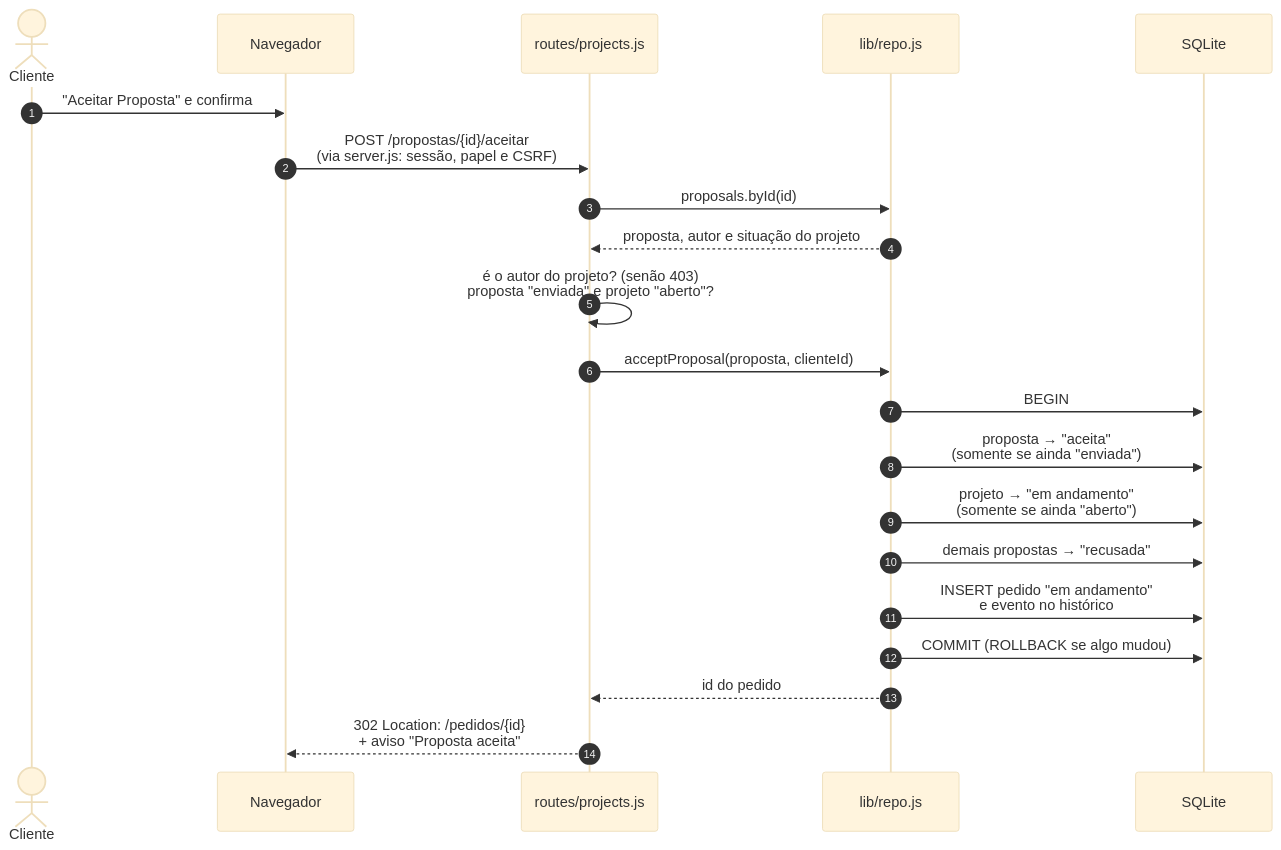
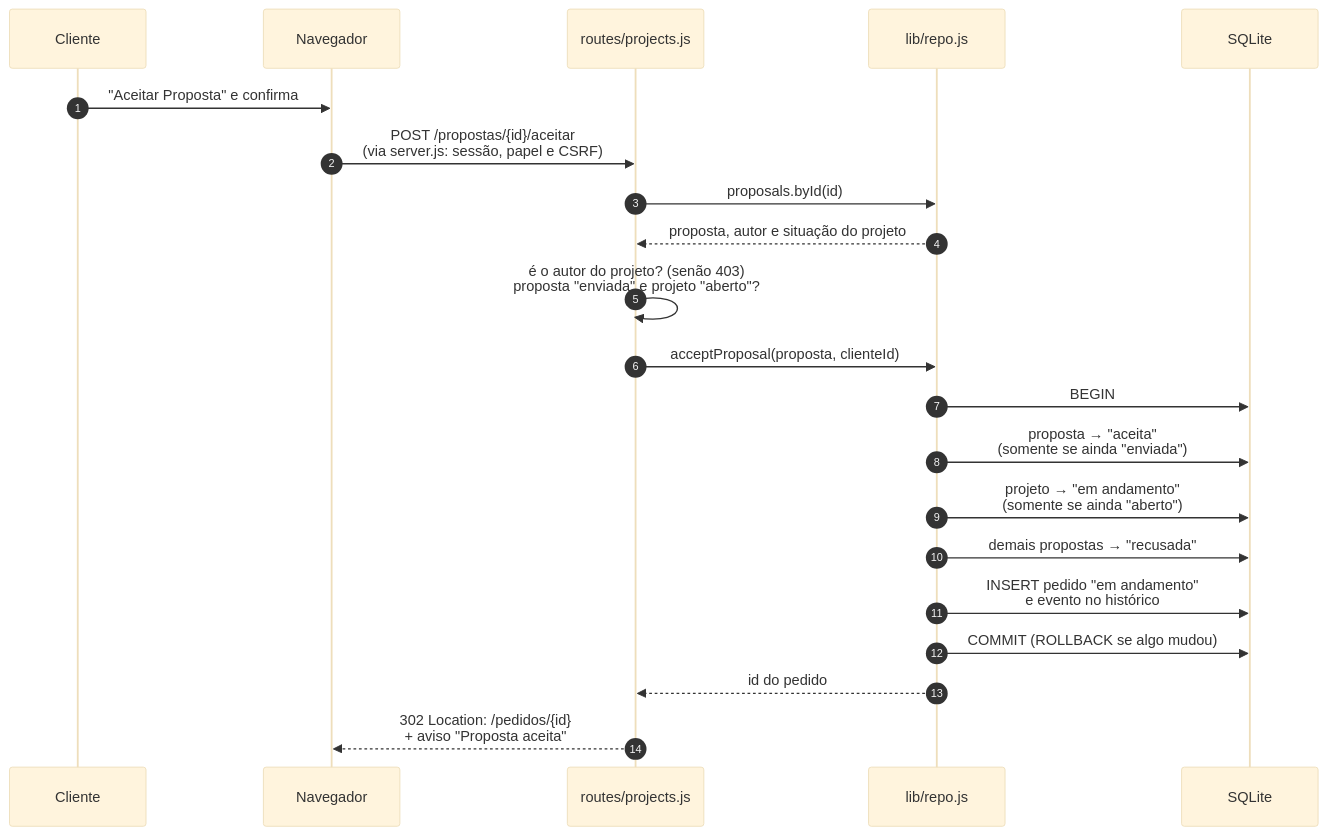
Before and after one commit to bygabrielly/nexo-repo: the diagram in diagramas/src/seq-proposta.mmd, drawn with Mermaid (base theme). The commit also changed 34 other files, not shown here.

Commit message:
Diagramas refeitos e fontes locais

```diff
--- a/diagramas/src/seq-proposta.mmd
+++ b/diagramas/src/seq-proposta.mmd
@@ -1,21 +1,21 @@
 sequenceDiagram
   autonumber
-  actor C as Cliente
+  participant C as Cliente
   participant N as Navegador
   participant R as routes/projects.js
   participant D as lib/repo.js
   participant B as SQLite
   C->>N: "Aceitar Proposta" e confirma
   N->>R: POST /propostas/{id}/aceitar<br/>(via server.js: sessão, papel e CSRF)
   R->>D: proposals.byId(id)
   D-->>R: proposta, autor e situação do projeto
   R->>R: é o autor do projeto? (senão 403)<br/>proposta "enviada" e projeto "aberto"?
   R->>D: acceptProposal(proposta, clienteId)
   D->>B: BEGIN
   D->>B: proposta → "aceita"<br/>(somente se ainda "enviada")
   D->>B: projeto → "em andamento"<br/>(somente se ainda "aberto")
   D->>B: demais propostas → "recusada"
   D->>B: INSERT pedido "em andamento"<br/>e evento no histórico
   D->>B: COMMIT (ROLLBACK se algo mudou)
   D-->>R: id do pedido
   R-->>N: 302 Location: /pedidos/{id}<br/>+ aviso "Proposta aceita"
```
